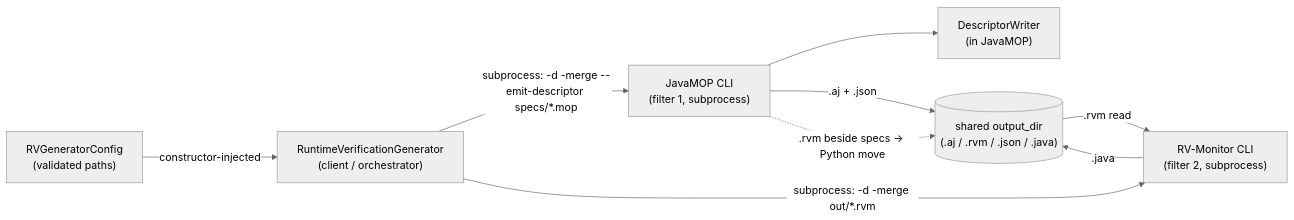
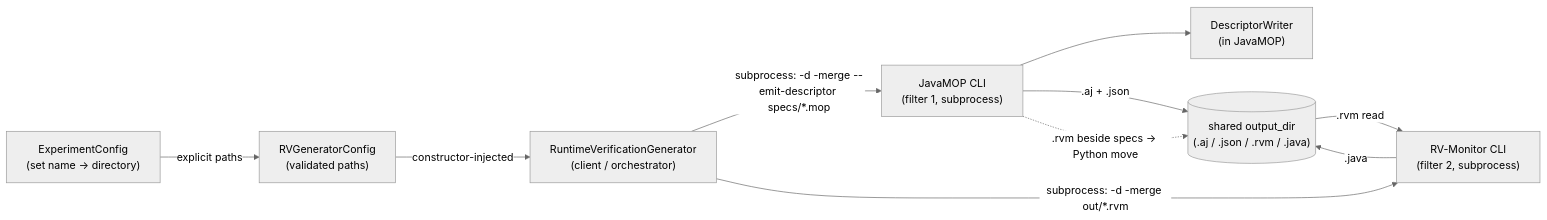
The third of 4 diagrams in rv-android/docs/architecture/monitor-generation.md (PAMunb/rvsec), drawn with Mermaid before and after one commit. The commit also changed other lines of this file and 7 other files, not shown here.

````diff
--- a/rv-android/docs/architecture/monitor-generation.md
+++ b/rv-android/docs/architecture/monitor-generation.md
@@ -559,19 +657,21 @@
 ```mermaid
 %%{init: {'theme': 'neutral'}}%%
 flowchart LR
+    resolver["ExperimentConfig<br/>(set name → directory)"]
     cfg["RVGeneratorConfig<br/>(validated paths)"]
     orch["RuntimeVerificationGenerator<br/>(client / orchestrator)"]
     jm["JavaMOP CLI<br/>(filter 1, subprocess)"]
     rvm["RV-Monitor CLI<br/>(filter 2, subprocess)"]
     dw["DescriptorWriter<br/>(in JavaMOP)"]
-    outdir[("shared output_dir<br/>(.aj / .rvm / .json / .java)")]
+    outdir[("shared output_dir<br/>(.aj / .json / .rvm / .java)")]
 
+    resolver -->|explicit paths| cfg
     cfg -->|constructor-injected| orch
     orch -->|subprocess: -d -merge --emit-descriptor specs/*.mop| jm
     jm --> dw
     jm -->|.aj + .json| outdir
     jm -.->|.rvm beside specs → Python move| outdir
     orch -->|subprocess: -d -merge out/*.rvm| rvm
     outdir -->|.rvm read| rvm
     rvm -->|.java| outdir
 ```
````
